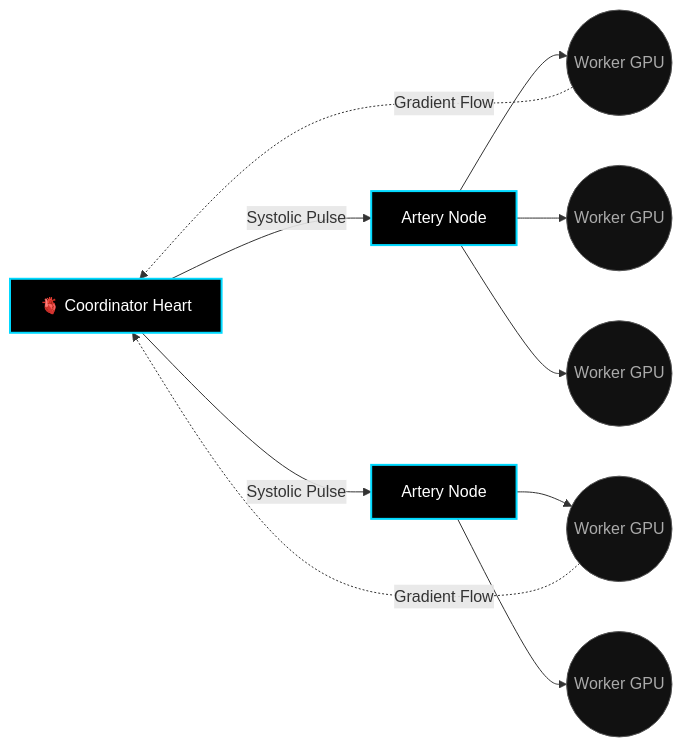
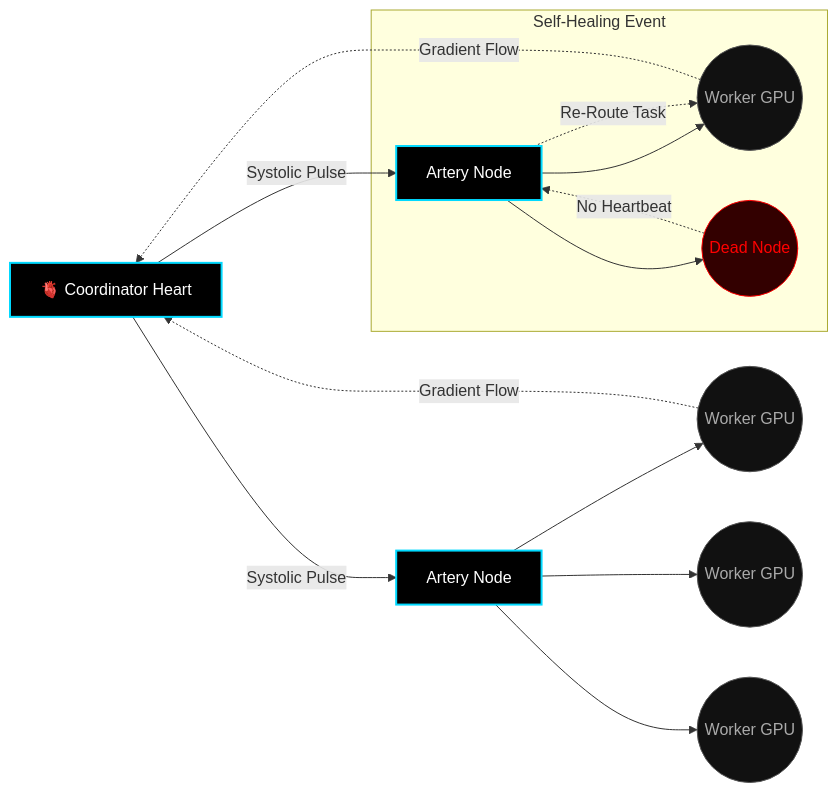
The second of 3 diagrams in readme.md (AshwinRenjith/ashwinrenjith), drawn with Mermaid before and after one commit. The commit also changed other lines of this file, not shown here.

````diff
--- a/readme.md
+++ b/readme.md
@@ -262,21 +367,28 @@
 ```mermaid
 graph LR
     classDef core fill:#000,stroke:#00d9ff,stroke-width:2px,color:#fff
     classDef node fill:#111,stroke:#555,stroke-width:1px,color:#aaa
+    classDef dead fill:#330000,stroke:#ff0000,stroke-width:1px,color:#ff0000
     
     Heart[🫀 Coordinator Heart] -->|Systolic Pulse| A1[Artery Node]
     Heart -->|Systolic Pulse| A2[Artery Node]
     
     A1 --> C1((Worker GPU))
     A1 --> C2((Worker GPU))
     A1 --> C3((Worker GPU))
     
     A2 --> C4((Worker GPU))
-    A2 --> C5((Worker GPU))
+    A2 --> D1((Dead Node))
     
     C1 -.->|Gradient Flow| Heart
     C4 -.->|Gradient Flow| Heart
+    
+    subgraph "Self-Healing Event"
+        D1 -.->|No Heartbeat| A2
+        A2 -.->|Re-Route Task| C4
+    end
 
     class Heart,A1,A2 core
-    class C1,C2,C3,C4,C5 node
+    class C1,C2,C3,C4 node
+    class D1 dead
 ```
````
